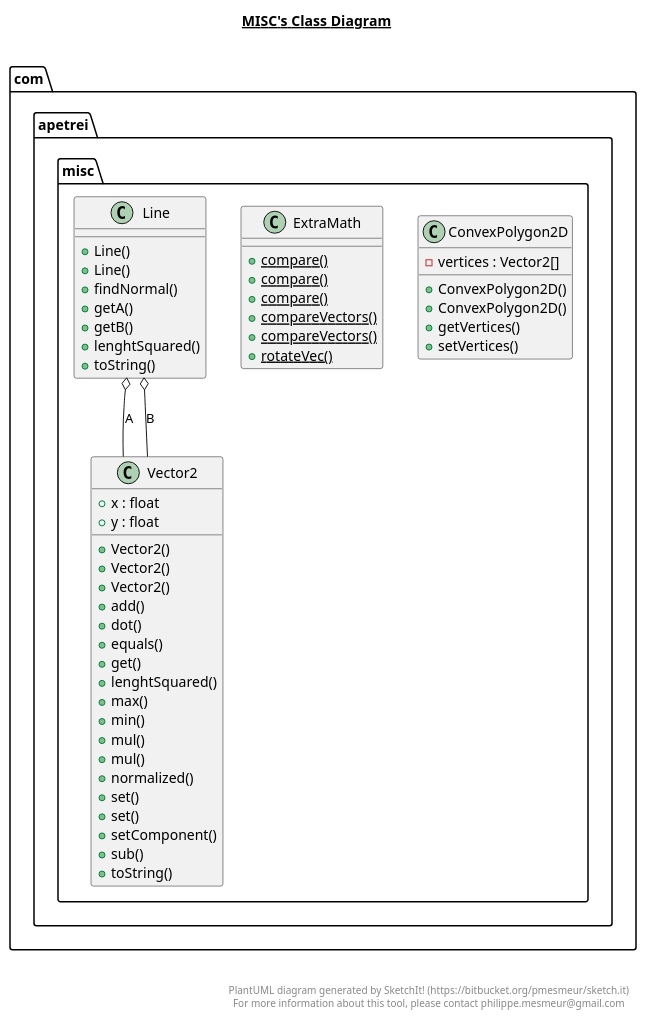
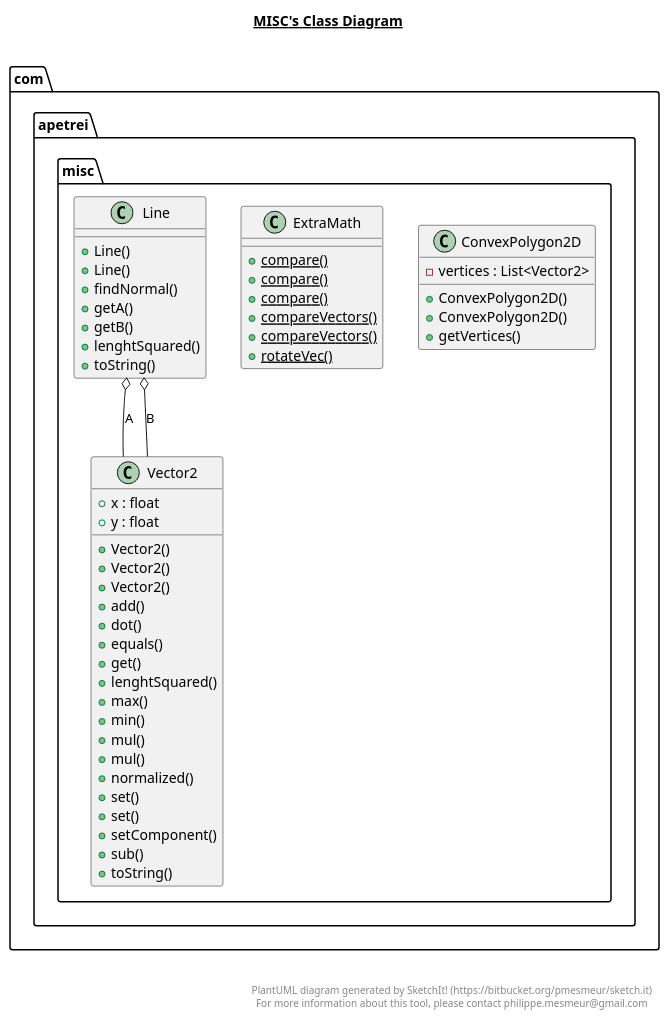
One commit to TheWiseWolfy/Wild-Sky changed the diagram in src/com/apetrei/misc/misc.plantuml. Above: the diagram before and after it, drawn with PlantUML. The commit also changed 58 other files, not shown here.

```diff
--- a/src/com/apetrei/misc/misc.plantuml
+++ b/src/com/apetrei/misc/misc.plantuml
@@ -1,78 +1,77 @@
 @startuml
 
 title __MISC's Class Diagram__\n
 
   namespace com.apetrei.misc {
     class com.apetrei.misc.ConvexPolygon2D {
-        - vertices : Vector2[]
+        - vertices : List<Vector2>
         + ConvexPolygon2D()
         + ConvexPolygon2D()
         + getVertices()
-        + setVertices()
     }
   }
   
 
   namespace com.apetrei.misc {
     class com.apetrei.misc.ExtraMath {
         {static} + compare()
         {static} + compare()
         {static} + compare()
         {static} + compareVectors()
         {static} + compareVectors()
         {static} + rotateVec()
     }
   }
   
 
   namespace com.apetrei.misc {
     class com.apetrei.misc.Line {
         + Line()
         + Line()
         + findNormal()
         + getA()
         + getB()
         + lenghtSquared()
         + toString()
     }
   }
   
 
   namespace com.apetrei.misc {
     class com.apetrei.misc.Vector2 {
         + x : float
         + y : float
         + Vector2()
         + Vector2()
         + Vector2()
         + add()
         + dot()
         + equals()
         + get()
         + lenghtSquared()
         + max()
         + min()
         + mul()
         + mul()
         + normalized()
         + set()
         + set()
         + setComponent()
         + sub()
         + toString()
     }
   }
   
 
   com.apetrei.misc.Line o-- com.apetrei.misc.Vector2 : A
   com.apetrei.misc.Line o-- com.apetrei.misc.Vector2 : B
 
 
 right footer
 
 
 PlantUML diagram generated by SketchIt! (https://bitbucket.org/pmesmeur/sketch.it)
 For more information about this tool, please contact philippe.mesmeur@gmail.com
 endfooter
 
 @enduml
```
